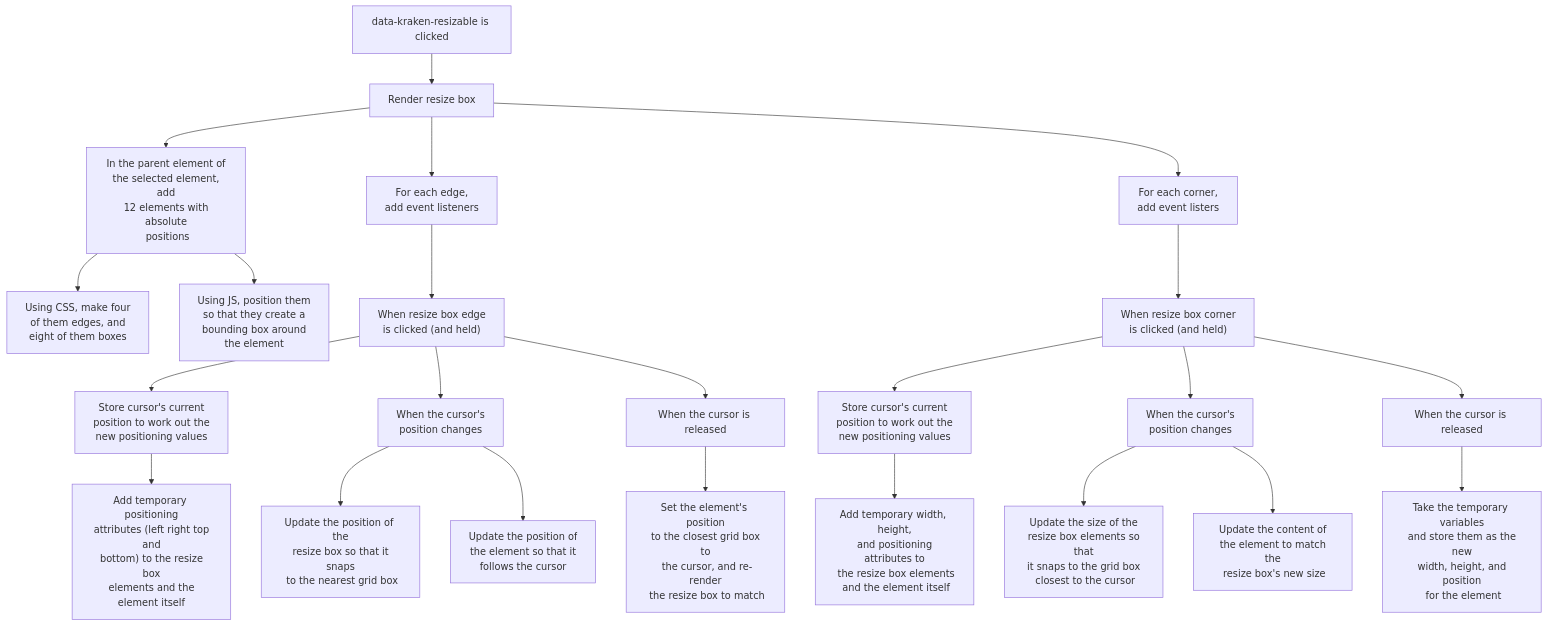
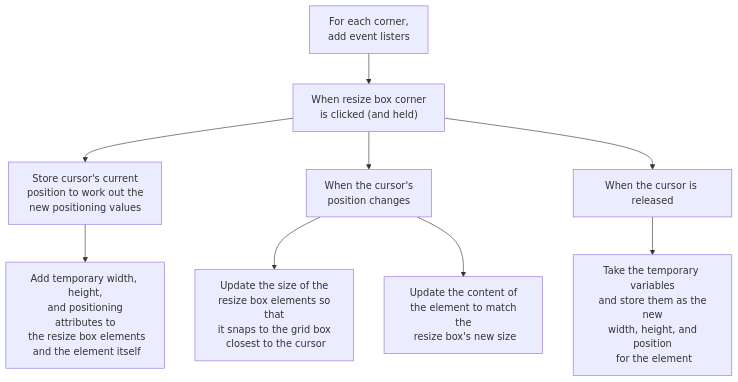
One commit to tomgxz/Kraken changed the seventh of 7 diagrams in README.md. Above: the diagram before and after it, drawn with Mermaid. The commit also changed other lines of this file, not shown here.

Commit message:
Split up the resize box diagram
for ease of viewing

````diff
--- a/README.md
+++ b/README.md
@@ -451,31 +473,11 @@
 ```mermaid
 graph TD
-    A[data-kraken-resizable is clicked] --> B[Render resize box]
-
-    B --> a["In the parent element of\n the selected element, add\n 12 elements with absolute\n positions"]
-    a --> b["Using CSS, make four\n of them edges, and\n eight of them boxes"]
-    a --> c["Using JS, position them\n so that they create a\n bounding box around\n the element"]
-
-
-    B --> D["For each edge,\n add event listeners"]
-
-    D --> M["When resize box edge\nis clicked (and held)"]
-    M --> N["Store cursor's current\n position to work out the\n new positioning values"]
-    N --> O["Add temporary positioning\n attributes (left right top and\n bottom) to the resize box\n elements and the element itself"]
-    M --> P["When the cursor's\n position changes"]
-    P --> Q["Update the position of the\n resize box so that it snaps\n to the nearest grid box"]
-    P --> R["Update the position of\n the element so that it\n follows the cursor"]
-    M --> S["When the cursor is released"]
-    S --> T["Set the element's position\n to the closest grid box to\n the cursor, and re-render\n the resize box to match"]
-
-    B --> C["For each corner,\n add event listers"]
-
-    C --> E["When resize box corner\nis clicked (and held)"]
-    E --> F["Store cursor's current\n position to work out the\n new positioning values"]
-    F --> G["Add temporary width, height,\n and positioning attributes to\n the resize box elements\n and the element itself"]
-    E --> H["When the cursor's\n position changes"]
-    H --> I["Update the size of the\n resize box elements so that\nit snaps to the grid box\n closest to the cursor"]
-    H --> J["Update the content of\n the element to match the\n resize box's new size"]
-    E --> K["When the cursor is released"]
-    K --> L["Take the temporary variables\n and store them as the new\n width, height, and position\n for the element"]
+  C["For each corner,\n add event listers"] --> E["When resize box corner\nis clicked (and held)"]
+  E --> F["Store cursor's current\n position to work out the\n new positioning values"]
+  F --> G["Add temporary width, height,\n and positioning attributes to\n the resize box elements\n and the element itself"]
+  E --> H["When the cursor's\n position changes"]
+  H --> I["Update the size of the\n resize box elements so that\nit snaps to the grid box\n closest to the cursor"]
+  H --> J["Update the content of\n the element to match the\n resize box's new size"]
+  E --> K["When the cursor is released"]
+  K --> L["Take the temporary variables\n and store them as the new\n width, height, and position\n for the element"]
 ```
````
